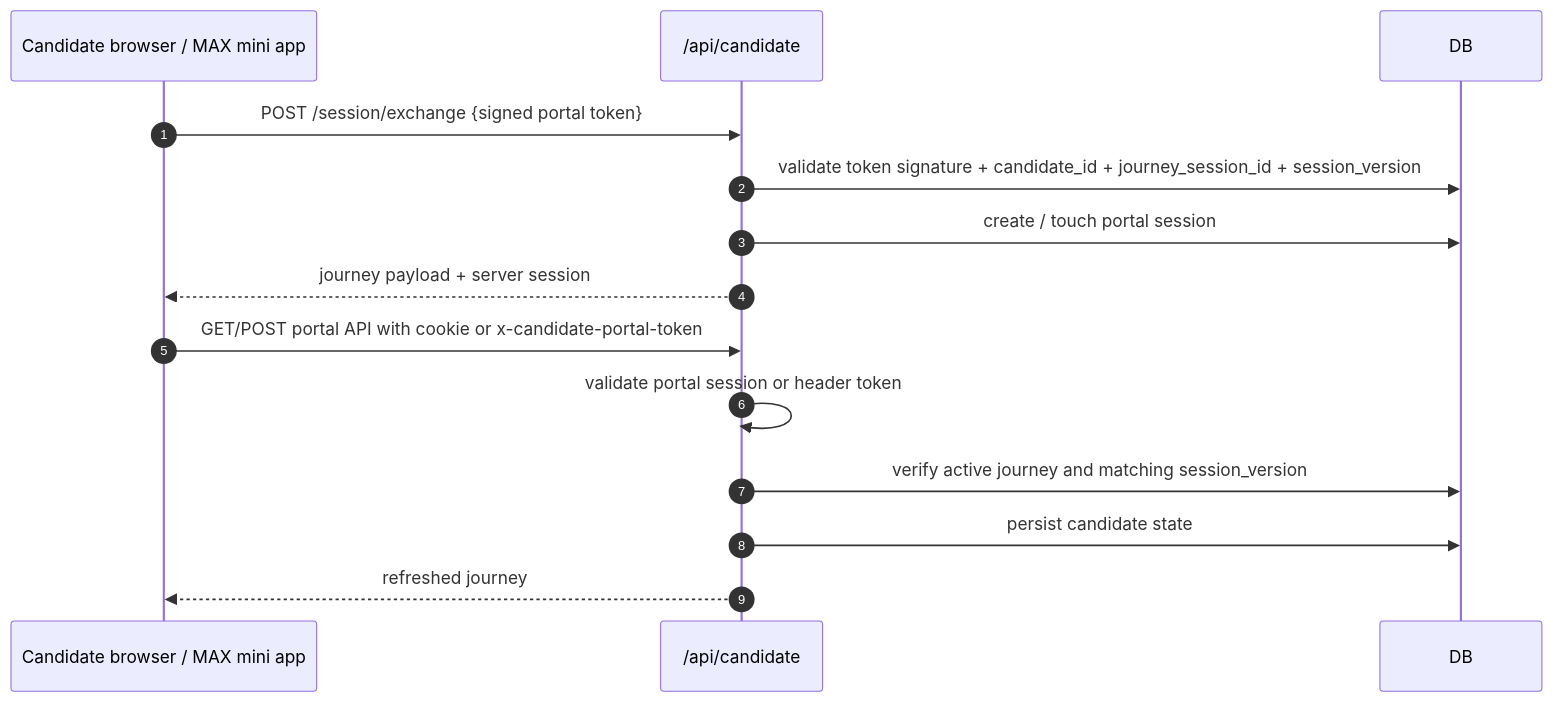
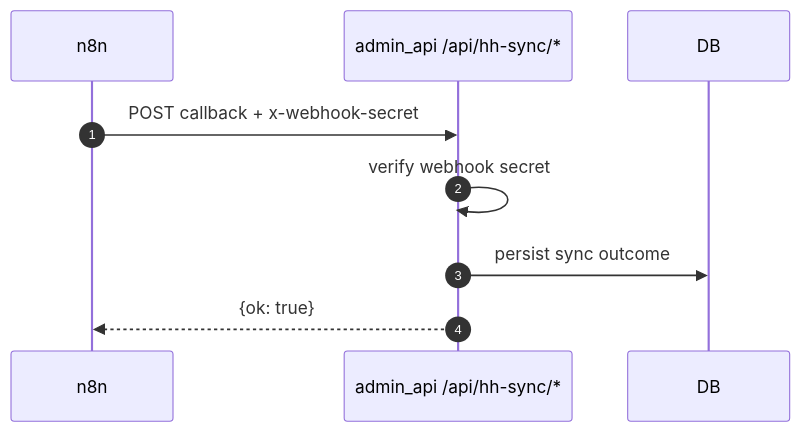
One commit to padka/HR changed the third of 3 diagrams in docs/security/auth-and-token-model.md. Above: the diagram before and after it, drawn with Mermaid. The commit also changed other lines of this file and 234 other files, not shown here.

Commit message:
feat(max): add bounded candidate runtime surfaces

````diff
--- a/docs/security/auth-and-token-model.md
+++ b/docs/security/auth-and-token-model.md
@@ -97,18 +72,12 @@
 ```mermaid
 sequenceDiagram
   autonumber
-  participant C as Candidate browser / MAX mini app
-  participant P as /api/candidate
+  participant N as n8n
+  participant API as admin_api /api/hh-sync/*
   participant D as DB
 
-  C->>P: POST /session/exchange {signed portal token}
-  P->>D: validate token signature + candidate_id + journey_session_id + session_version
-  P->>D: create / touch portal session
-  P-->>C: journey payload + server session
-
-  C->>P: GET/POST portal API with cookie or x-candidate-portal-token
-  P->>P: validate portal session or header token
-  P->>D: verify active journey and matching session_version
-  P->>D: persist candidate state
-  P-->>C: refreshed journey
+  N->>API: POST callback + x-webhook-secret
+  API->>API: verify webhook secret
+  API->>D: persist sync outcome
+  API-->>N: {ok: true}
 ```
````
